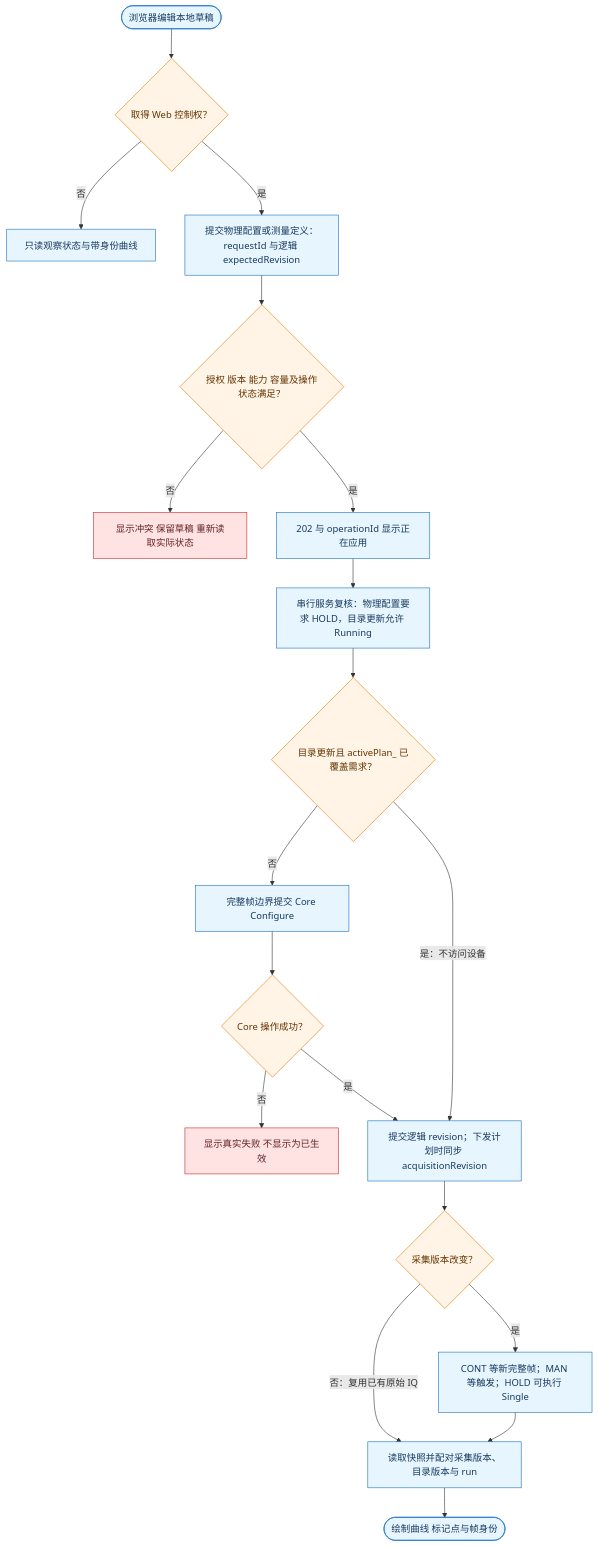
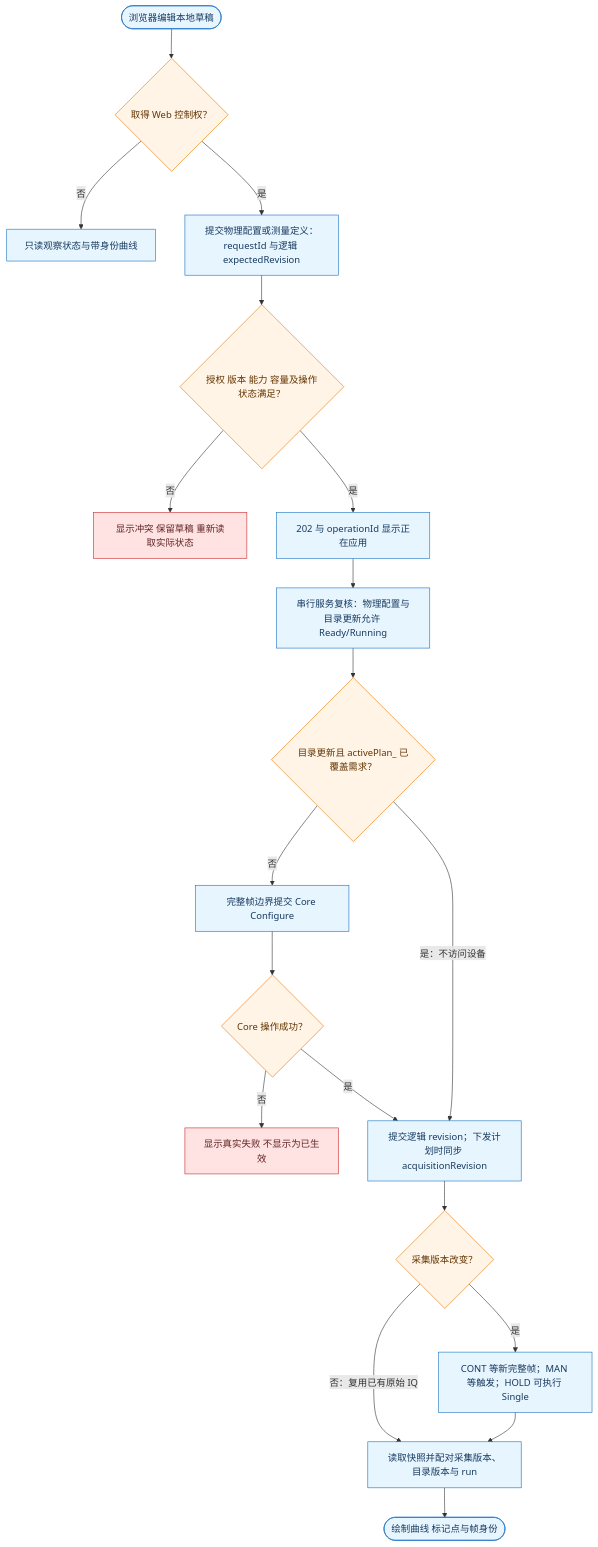
One commit to aniping/VnaPro changed the fourth of 4 diagrams in docs/网分服务与远程控制设计.md. Above: the diagram before and after it, drawn with Mermaid. The commit also changed other lines of this file and 7 other files, not shown here.

First line of the commit message:
文档：记录商用行为依据与共享图窗验收结果

````diff
--- a/docs/网分服务与远程控制设计.md
+++ b/docs/网分服务与远程控制设计.md
@@ -406,39 +422,39 @@
 ```mermaid
 flowchart TB
     begin(["浏览器编辑本地草稿"])
     claim{"取得 Web 控制权？"}
     observe["只读观察状态与带身份曲线"]
     submit["提交物理配置或测量定义：requestId 与逻辑 expectedRevision"]
     admission{"授权 版本 能力 容量及操作状态满足？"}
     reject["显示冲突 保留草稿 重新读取实际状态"]
     pending["202 与 operationId 显示正在应用"]
-    execute["串行服务复核：物理配置要求 HOLD，目录更新允许 Running"]
+    execute["串行服务复核：物理配置与目录更新允许 Ready/Running"]
     covered{"目录更新且 activePlan_ 已覆盖需求？"}
     configure["完整帧边界提交 Core Configure"]
     result{"Core 操作成功？"}
     failure["显示真实失败 不显示为已生效"]
     applied["提交逻辑 revision；下发计划时同步 acquisitionRevision"]
     changed{"采集版本改变？"}
     acquire["CONT 等新完整帧；MAN 等触发；HOLD 可执行 Single"]
     frame["读取快照并配对采集版本、目录版本与 run"]
     draw(["绘制曲线 标记点与帧身份"])
     begin --> claim
     claim -->|否| observe
     claim -->|是| submit --> admission
     admission -->|否| reject
     admission -->|是| pending --> execute --> covered
     covered -->|是：不访问设备| applied
     covered -->|否| configure --> result
     result -->|否| failure
     result -->|是| applied
     applied --> changed
     changed -->|是| acquire --> frame
     changed -->|否：复用已有原始 IQ| frame
     frame --> draw
     classDef action fill:#e7f5ff,stroke:#1971c2,color:#173a5e;
     classDef decision fill:#fff4e6,stroke:#e67700,color:#623400;
     classDef failed fill:#ffe3e3,stroke:#c92a2a,color:#612323;
     class begin,observe,submit,pending,execute,configure,applied,acquire,frame,draw action;
     class claim,admission,covered,result,changed decision;
     class reject,failure failed;
 ```
````
